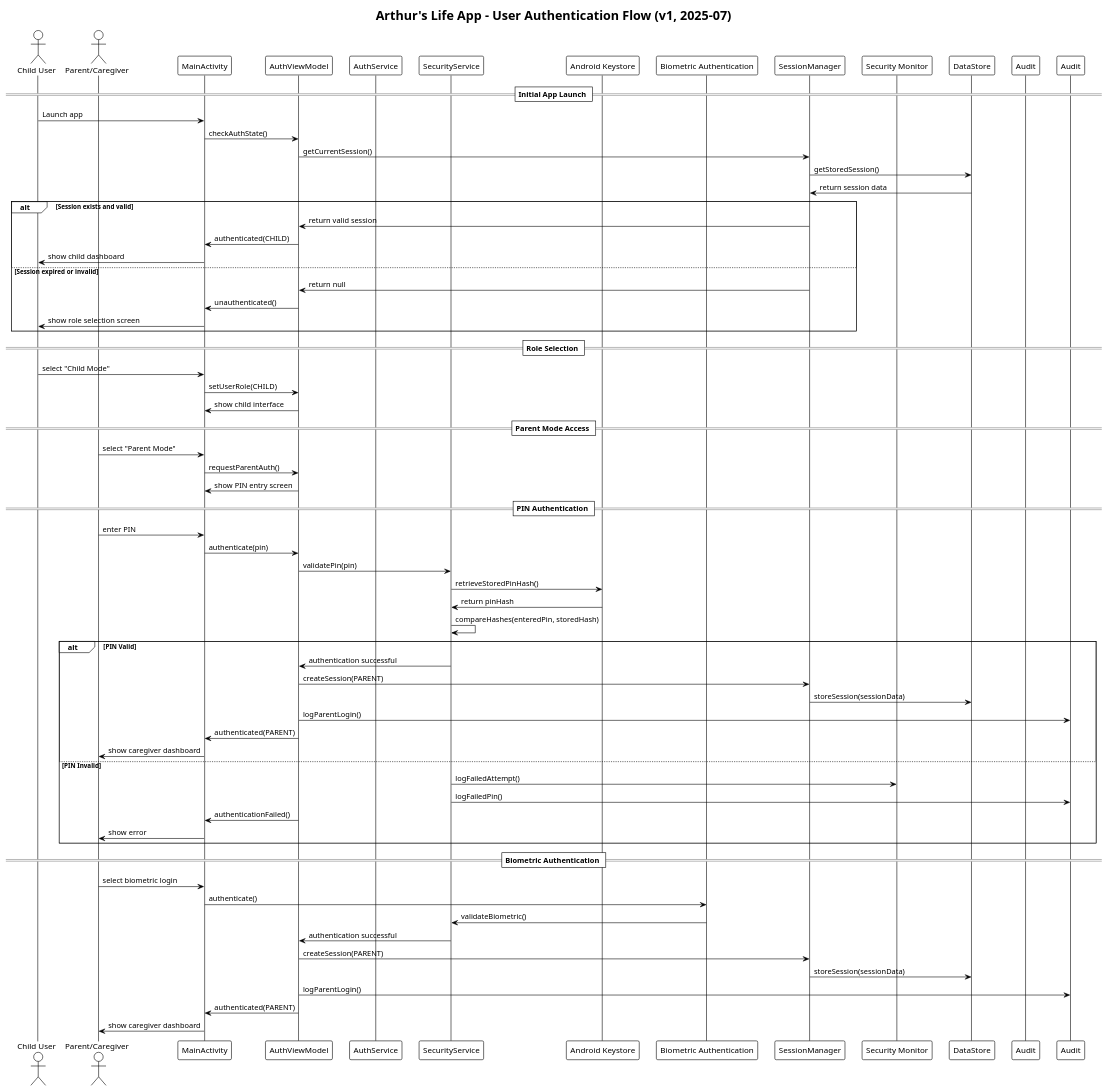
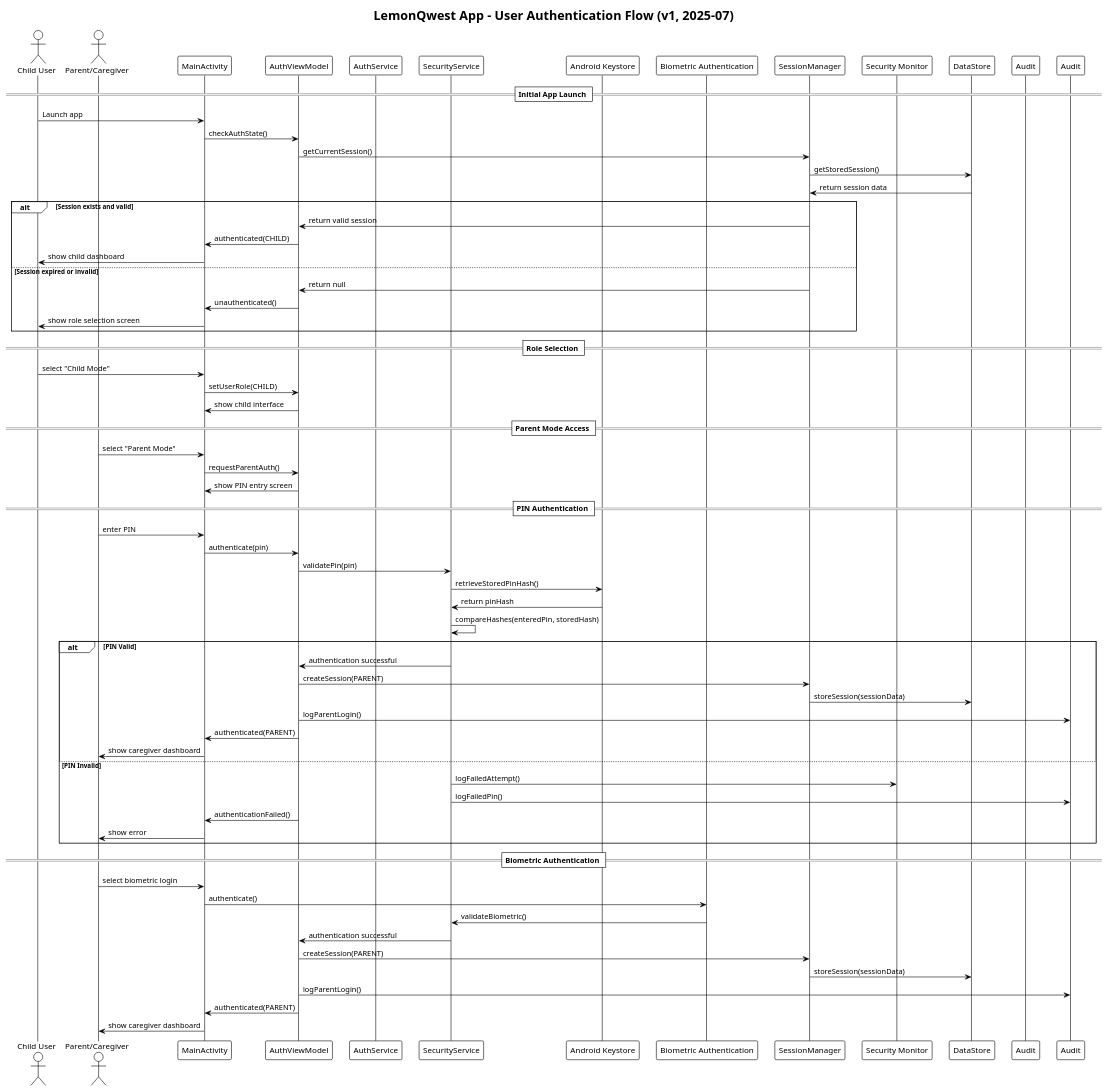
The diagram in docs/diagrams/user-authentication-flow.puml (almeidaraphael/arthurs-life-app), drawn with PlantUML before and after one commit. The commit also changed 778 other files, not shown here.

First line of the commit message:
refactor: rename Arthurs Life App to LemonQwest across codebase and documentation

```diff
--- a/docs/diagrams/user-authentication-flow.puml
+++ b/docs/diagrams/user-authentication-flow.puml
@@ -1,84 +1,84 @@
 @startuml user-authentication-flow
 !theme plain
 
-title Arthur's Life App - User Authentication Flow (v1, 2025-07)
+title LemonQwest App - User Authentication Flow (v1, 2025-07)
 
 actor Child as "Child User"
 actor Parent as "Parent/Caregiver"
 participant MainActivity as "MainActivity"
 participant AuthViewModel as "AuthViewModel"
 participant AuthService as "AuthService"
 participant SecurityService as "SecurityService"
 participant AndroidKeystore as "Android Keystore"
 participant BiometricAuth as "Biometric Authentication"
 participant SessionManager as "SessionManager"
 participant SecurityMonitor as "Security Monitor"
 participant DataStore as "DataStore"
 participant AuditTrail as "Audit"
 
 == Initial App Launch ==
 
 Child -> MainActivity: Launch app
 MainActivity -> AuthViewModel: checkAuthState()
 AuthViewModel -> SessionManager: getCurrentSession()
 SessionManager -> DataStore: getStoredSession()
 DataStore -> SessionManager: return session data
 
 alt Session exists and valid
     SessionManager -> AuthViewModel: return valid session
     AuthViewModel -> MainActivity: authenticated(CHILD)
     MainActivity -> Child: show child dashboard
 else Session expired or invalid
     SessionManager -> AuthViewModel: return null
     AuthViewModel -> MainActivity: unauthenticated()
     MainActivity -> Child: show role selection screen
 end
 
 == Role Selection ==
 
 Child -> MainActivity: select "Child Mode"
 MainActivity -> AuthViewModel: setUserRole(CHILD)
 AuthViewModel -> MainActivity: show child interface
 
 == Parent Mode Access ==
 
 Parent -> MainActivity: select "Parent Mode"
 MainActivity -> AuthViewModel: requestParentAuth()
 AuthViewModel -> MainActivity: show PIN entry screen
 
 == PIN Authentication ==
 
 Parent -> MainActivity: enter PIN
 MainActivity -> AuthViewModel: authenticate(pin)
 AuthViewModel -> SecurityService: validatePin(pin)
 SecurityService -> AndroidKeystore: retrieveStoredPinHash()
 AndroidKeystore -> SecurityService: return pinHash
 SecurityService -> SecurityService: compareHashes(enteredPin, storedHash)
 
 alt PIN Valid
     SecurityService -> AuthViewModel: authentication successful
     AuthViewModel -> SessionManager: createSession(PARENT)
     SessionManager -> DataStore: storeSession(sessionData)
     AuthViewModel -> Audit: logParentLogin()
     AuthViewModel -> MainActivity: authenticated(PARENT)
     MainActivity -> Parent: show caregiver dashboard
 else PIN Invalid
     SecurityService -> SecurityMonitor: logFailedAttempt()
     SecurityService -> Audit: logFailedPin()
     AuthViewModel -> MainActivity: authenticationFailed()
     MainActivity -> Parent: show error
 end
 
 == Biometric Authentication ==
 
 Parent -> MainActivity: select biometric login
 MainActivity -> BiometricAuth: authenticate()
 BiometricAuth -> SecurityService: validateBiometric()
 SecurityService -> AuthViewModel: authentication successful
 AuthViewModel -> SessionManager: createSession(PARENT)
 SessionManager -> DataStore: storeSession(sessionData)
 AuthViewModel -> Audit: logParentLogin()
 AuthViewModel -> MainActivity: authenticated(PARENT)
 MainActivity -> Parent: show caregiver dashboard
 
 @enduml
```
